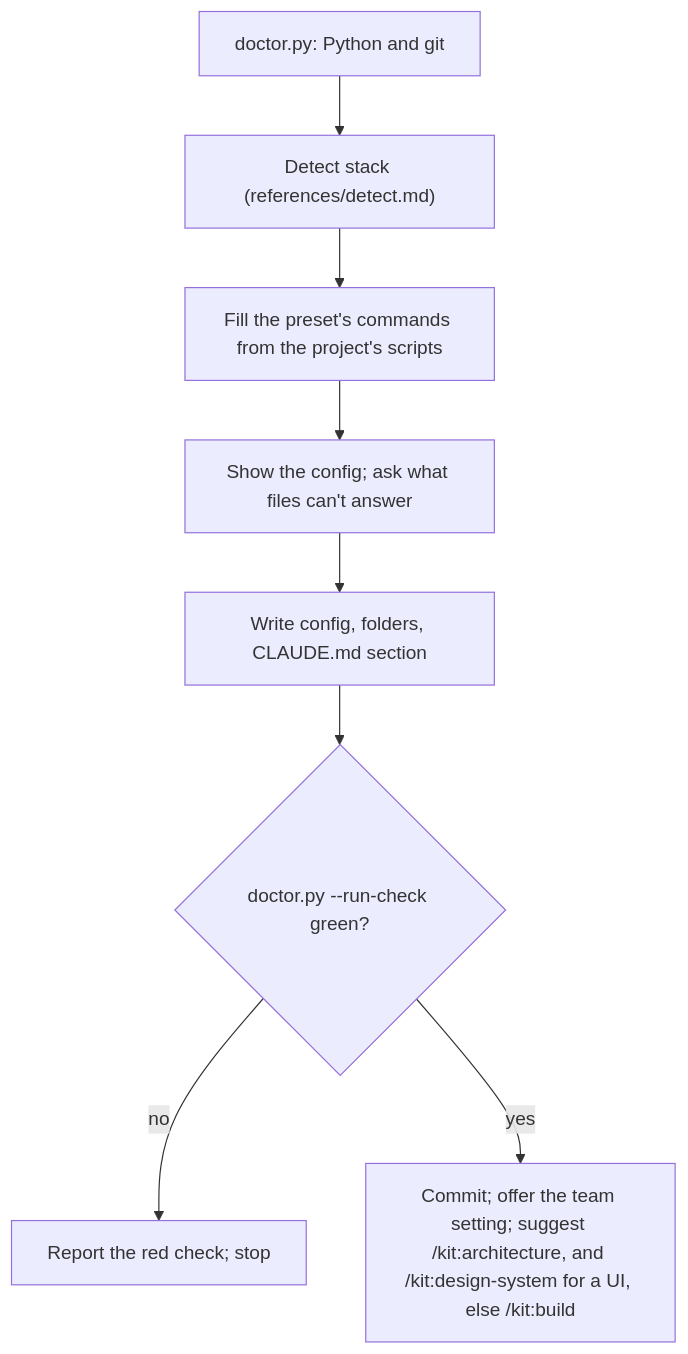
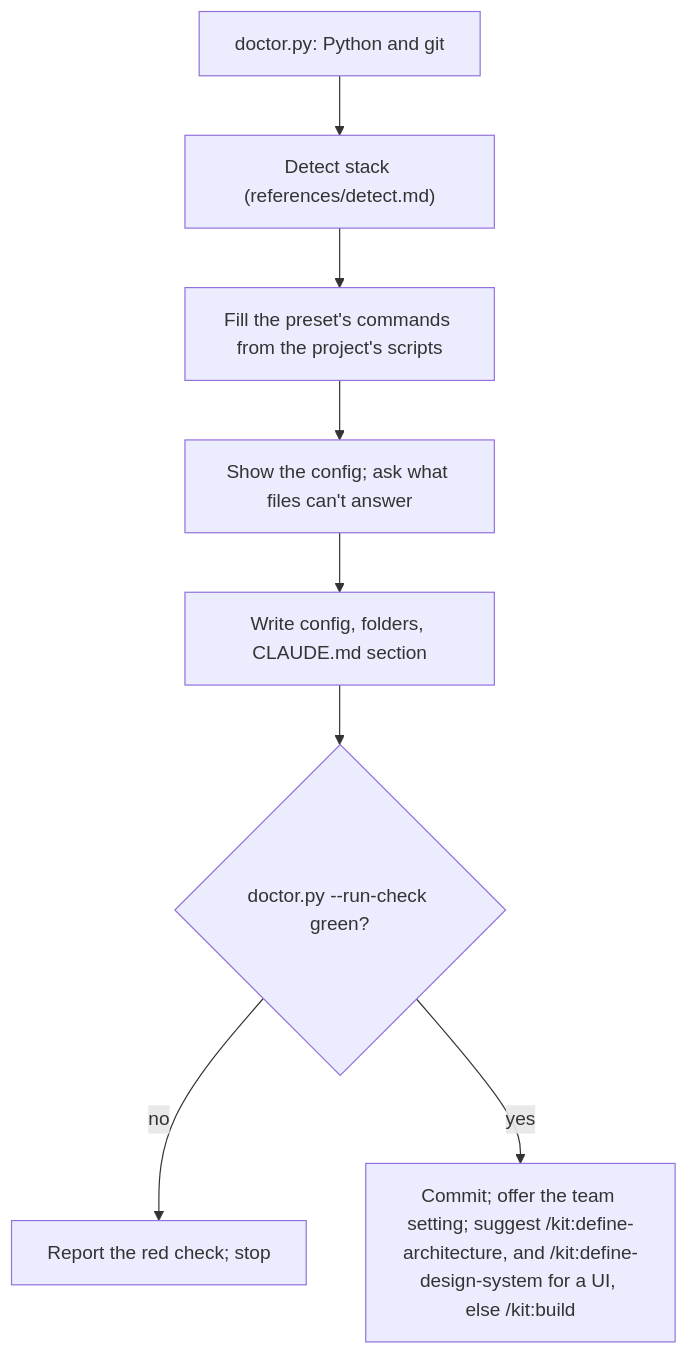
Before and after one commit to nateshernandez/skills: the diagram in skills/setup/SKILL.md, drawn with Mermaid. The commit also changed 19 other files, not shown here.

First line of the commit message:
Rename architecture skills to define-*

````diff
--- a/skills/setup/SKILL.md
+++ b/skills/setup/SKILL.md
@@ -29,10 +29,10 @@
 ```mermaid
 flowchart TD
   A["doctor.py: Python and git"] --> B["Detect stack (references/detect.md)"]
   B --> C["Fill the preset's commands from the project's scripts"]
   C --> D["Show the config; ask what files can't answer"]
   D --> E["Write config, folders, CLAUDE.md section"]
   E --> F{"doctor.py --run-check green?"}
   F -- no --> G["Report the red check; stop"]
-  F -- yes --> H["Commit; offer the team setting; suggest /kit:architecture, and /kit:design-system for a UI, else /kit:build"]
+  F -- yes --> H["Commit; offer the team setting; suggest /kit:define-architecture, and /kit:define-design-system for a UI, else /kit:build"]
 ```
````
